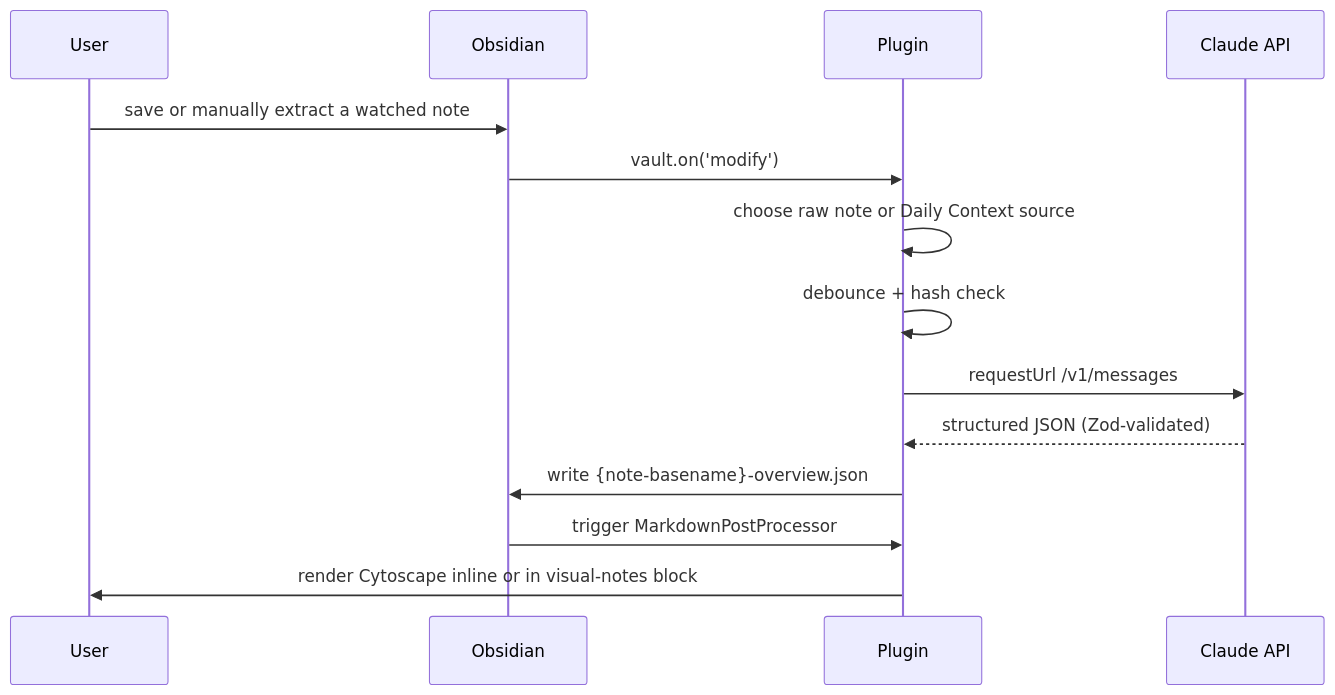
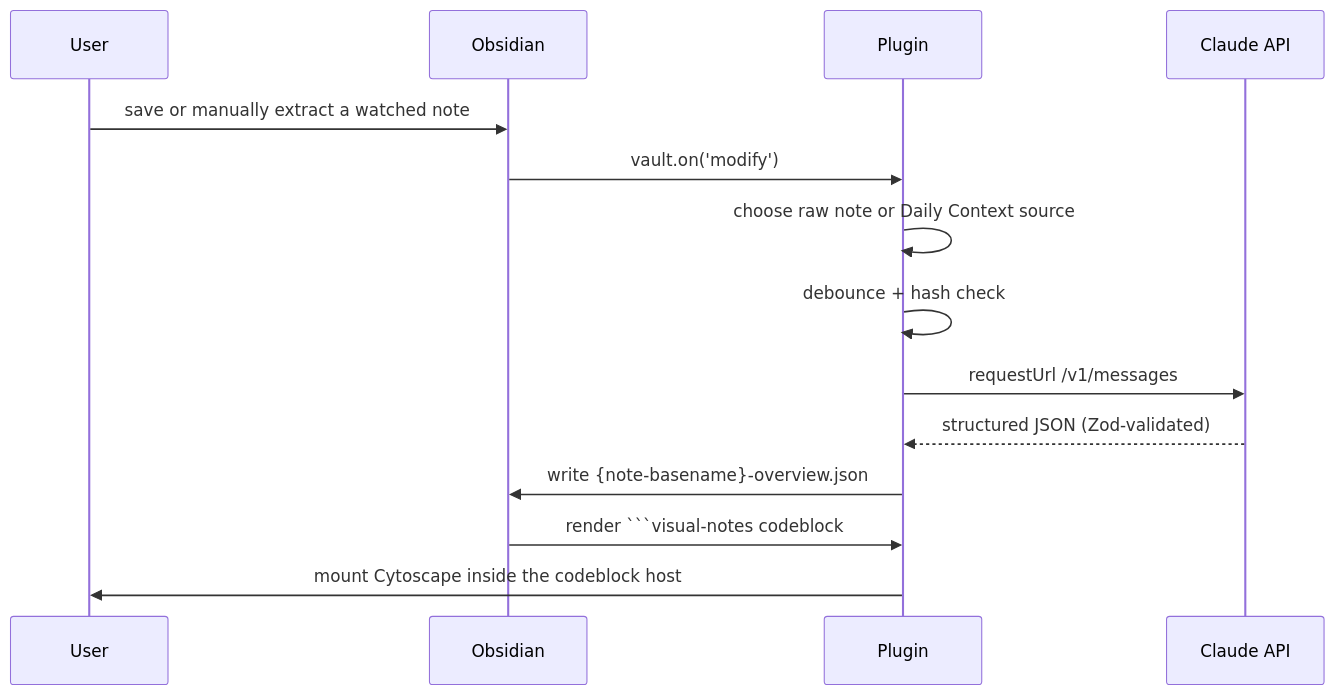
Before and after one commit to bobthearsonist/visual-notes: the diagram in plugins/obsidian-plugin/README.md, drawn with Mermaid. The commit also changed 5 other files, not shown here.

````diff
--- a/plugins/obsidian-plugin/README.md
+++ b/plugins/obsidian-plugin/README.md
@@ -84,17 +84,17 @@
 ```mermaid
 sequenceDiagram
     participant User
     participant Obsidian
     participant Plugin
     participant API as Claude API
 
     User->>Obsidian: save or manually extract a watched note
     Obsidian->>Plugin: vault.on('modify')
     Plugin->>Plugin: choose raw note or Daily Context source
     Plugin->>Plugin: debounce + hash check
     Plugin->>API: requestUrl /v1/messages
     API-->>Plugin: structured JSON (Zod-validated)
     Plugin->>Obsidian: write {note-basename}-overview.json
-    Obsidian->>Plugin: trigger MarkdownPostProcessor
-    Plugin->>User: render Cytoscape inline or in visual-notes block
+    Obsidian->>Plugin: render ```visual-notes codeblock
+    Plugin->>User: mount Cytoscape inside the codeblock host
 ```
````
